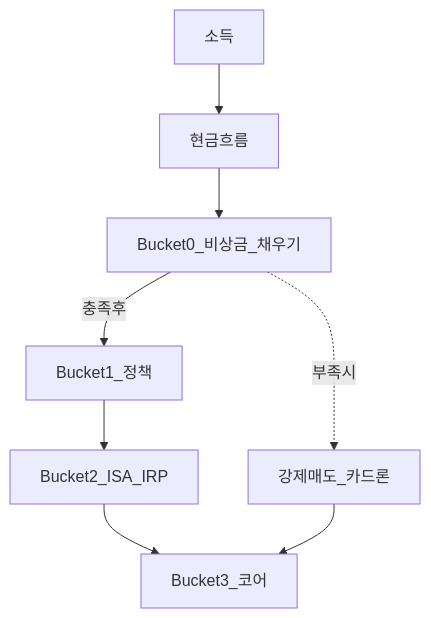
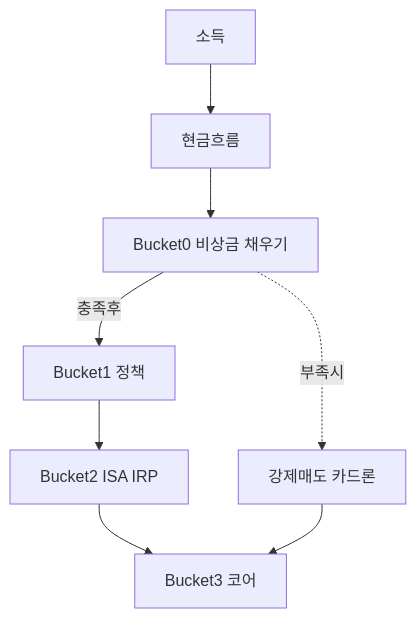
One commit to goldanghenry/Finances changed the first of 2 diagrams in 01-foundations/emergency-fund.md. Above: the diagram before and after it, drawn with Mermaid. The commit also changed other lines of this file and 211 other files, not shown here.

````diff
--- a/01-foundations/emergency-fund.md
+++ b/01-foundations/emergency-fund.md
@@ -115,10 +124,10 @@
 ```mermaid
 flowchart TB
   Income[소득] --> CF[현금흐름]
-  CF --> EF[Bucket0_비상금_채우기]
-  EF -->|충족후| B1[Bucket1_정책]
-  B1 --> B2[Bucket2_ISA_IRP]
-  B2 --> B3[Bucket3_코어]
-  EF -.->|부족시| Risk[강제매도_카드론]
+  CF --> EF["Bucket0 비상금 채우기"]
+  EF -->|충족후| B1["Bucket1 정책"]
+  B1 --> B2["Bucket2 ISA IRP"]
+  B2 --> B3["Bucket3 코어"]
+  EF -.->|부족시| Risk["강제매도 카드론"]
   Risk --> B3
 ```
````
